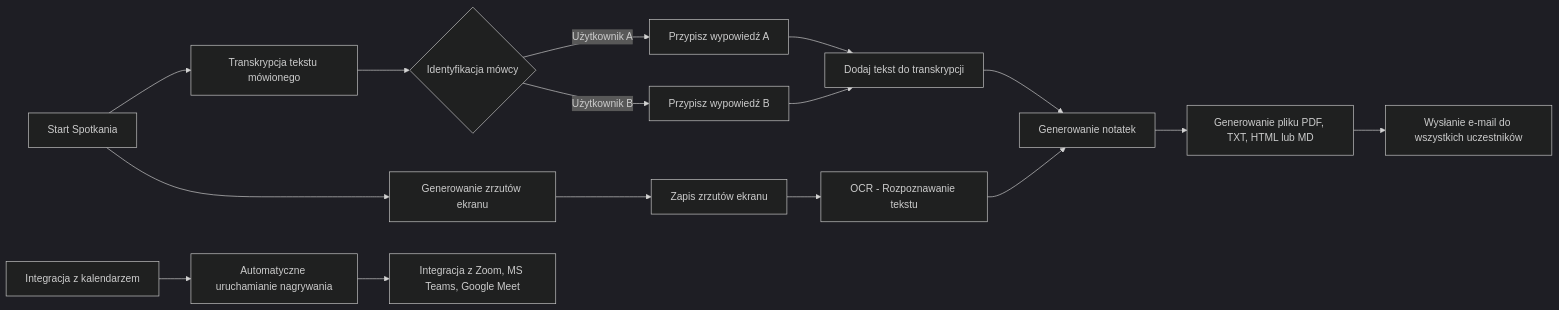
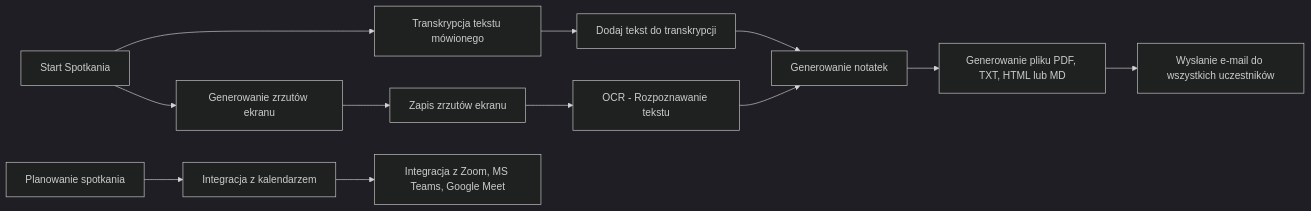
Before and after one commit to Zocha1/RemoteMeetingNotesGen: the first of 2 diagrams in docs/Requirements_Engineering_Documentation.md, drawn with Mermaid (dark theme). The commit also changed other lines of this file, not shown here.

````diff
--- a/docs/Requirements_Engineering_Documentation.md
+++ b/docs/Requirements_Engineering_Documentation.md
@@ -229,20 +209,15 @@
 ```mermaid
 graph LR
     A[Start Spotkania] --> B[Transkrypcja tekstu mówionego]
     A --> C[Generowanie zrzutów ekranu]
     C --> D[Zapis zrzutów ekranu]
     D --> E[OCR - Rozpoznawanie tekstu]
-    B --> F{Identyfikacja mówcy}
-    F -- Użytkownik A --> G[Przypisz wypowiedź A]
-    F -- Użytkownik B --> H[Przypisz wypowiedź B]
-    G --> I[Dodaj tekst do transkrypcji]
-    H --> I
+    B --> I[Dodaj tekst do transkrypcji]
     I --> J[Generowanie notatek]
     E --> J
     J --> K[Generowanie pliku PDF, TXT, HTML lub MD]
     K --> L[Wysłanie e-mail do wszystkich uczestników]
 
-    AA[Integracja z kalendarzem] --> AB[Automatyczne uruchamianie nagrywania]
-    AB --> AC[Integracja z Zoom, MS Teams, Google Meet]
+    AA[Planowanie spotkania] --> AB[Integracja z kalendarzem] --> AC[Integracja z Zoom, MS Teams, Google Meet]
 
 ```
````
